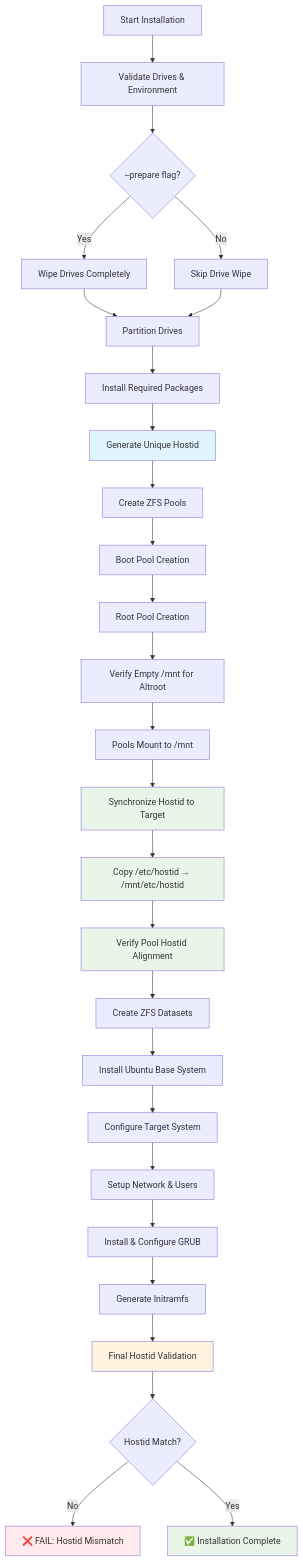
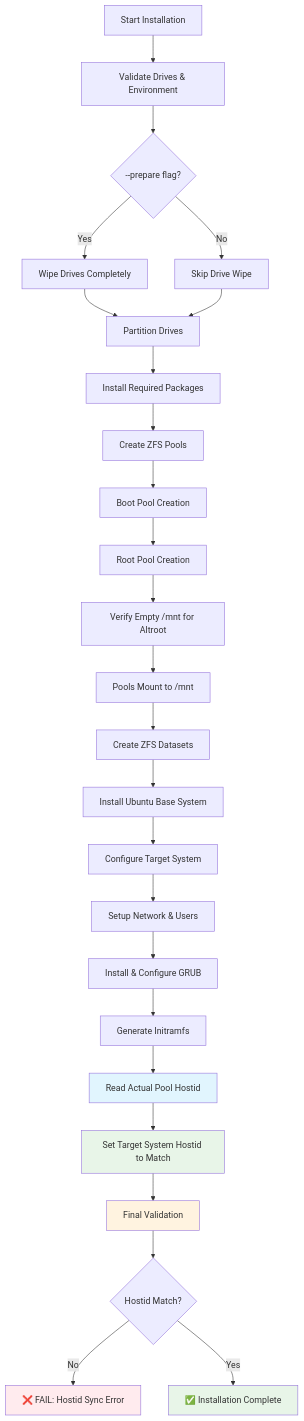
The diagram in README.md (csmarshall/ubuntu-zfs-mirror), drawn with Mermaid before and after one commit. The commit also changed other lines of this file and 3 other files, not shown here.

````diff
--- a/README.md
+++ b/README.md
@@ -75,43 +75,37 @@
 ```mermaid
 flowchart TD
     A[Start Installation] --> B[Validate Drives & Environment]
     B --> C{--prepare flag?}
     C -->|Yes| D[Wipe Drives Completely]
     C -->|No| E[Skip Drive Wipe]
     D --> F[Partition Drives]
     E --> F
 
     F --> G[Install Required Packages]
-    G --> H[Generate Unique Hostid]
-    H --> I[Create ZFS Pools]
+    G --> H[Create ZFS Pools]
+    H --> I[Boot Pool Creation]
+    I --> J[Root Pool Creation]
+    J --> K[Verify Empty /mnt for Altroot]
+    K --> L[Pools Mount to /mnt]
 
-    I --> J[Boot Pool Creation]
-    J --> K[Root Pool Creation]
-    K --> L[Verify Empty /mnt for Altroot]
-    L --> M[Pools Mount to /mnt]
+    L --> M[Create ZFS Datasets]
+    M --> N[Install Ubuntu Base System]
+    N --> O[Configure Target System]
 
-    M --> N[Synchronize Hostid to Target]
-    N --> O[Copy /etc/hostid → /mnt/etc/hostid]
-    O --> P[Verify Pool Hostid Alignment]
+    O --> P[Setup Network & Users]
+    P --> Q[Install & Configure GRUB]
+    Q --> R[Generate Initramfs]
 
-    P --> Q[Create ZFS Datasets]
-    Q --> R[Install Ubuntu Base System]
-    R --> S[Configure Target System]
+    R --> S[Read Actual Pool Hostid]
+    S --> T[Set Target System Hostid to Match]
+    T --> U[Final Validation]
+    U --> V{Hostid Match?}
+    V -->|No| W[❌ FAIL: Hostid Sync Error]
+    V -->|Yes| X[✅ Installation Complete]
 
-    S --> T[Setup Network & Users]
-    T --> U[Install & Configure GRUB]
-    U --> V[Generate Initramfs]
-
-    V --> W[Final Hostid Validation]
-    W --> X{Hostid Match?}
-    X -->|No| Y[❌ FAIL: Hostid Mismatch]
-    X -->|Yes| Z[✅ Installation Complete]
-
-    style H fill:#e1f5fe
-    style N fill:#e8f5e8
-    style O fill:#e8f5e8
-    style P fill:#e8f5e8
-    style W fill:#fff3e0
-    style Z fill:#e8f5e8
-    style Y fill:#ffebee
+    style S fill:#e1f5fe
+    style T fill:#e8f5e8
+    style U fill:#fff3e0
+    style X fill:#e8f5e8
+    style W fill:#ffebee
 ```
````
